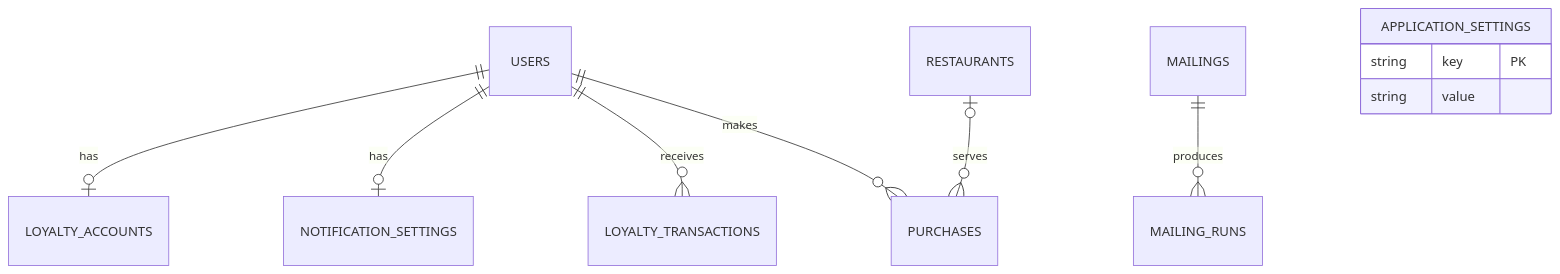
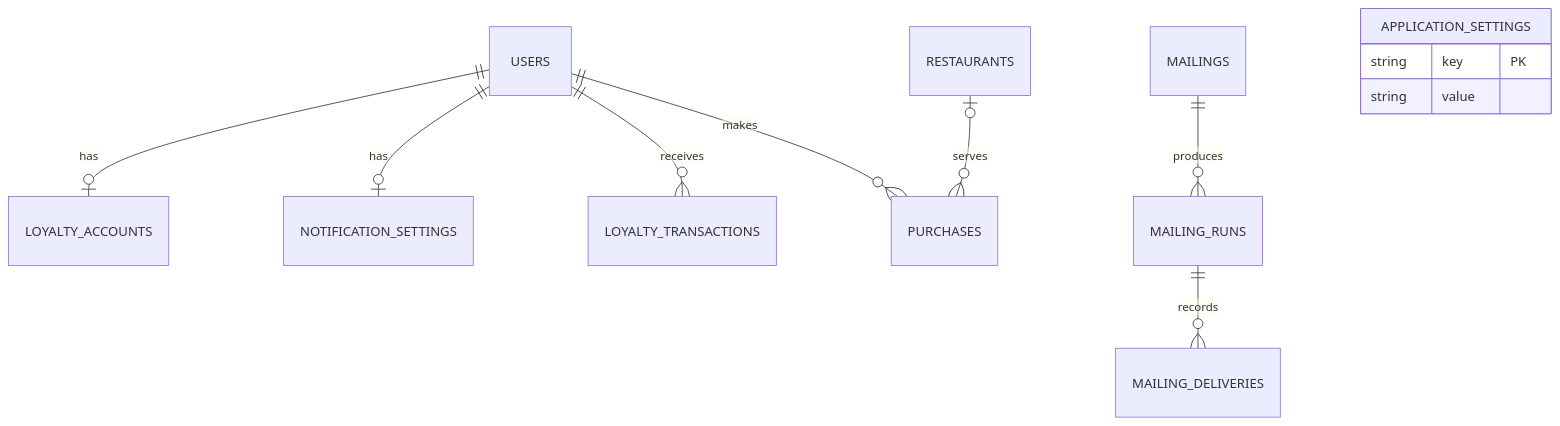
One commit to alexzhiliuk/FishAndGuds changed the second of 2 diagrams in README.md. Above: the diagram before and after it, drawn with Mermaid. The commit also changed other lines of this file and 22 other files, not shown here.

````diff
--- a/README.md
+++ b/README.md
@@ -161,13 +180,14 @@
 ```mermaid
 erDiagram
     USERS ||--o| LOYALTY_ACCOUNTS : has
     USERS ||--o| NOTIFICATION_SETTINGS : has
     USERS ||--o{ LOYALTY_TRANSACTIONS : receives
     USERS ||--o{ PURCHASES : makes
     RESTAURANTS o|--o{ PURCHASES : serves
     MAILINGS ||--o{ MAILING_RUNS : produces
+    MAILING_RUNS ||--o{ MAILING_DELIVERIES : records
     APPLICATION_SETTINGS {
         string key PK
         string value
     }
 ```
````
